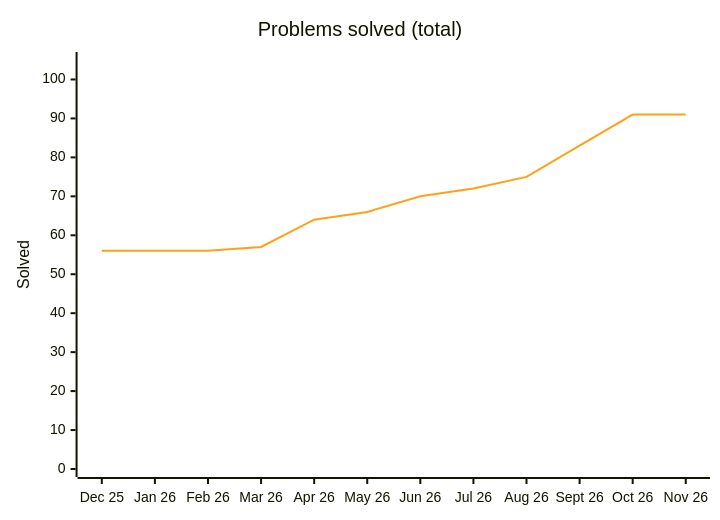
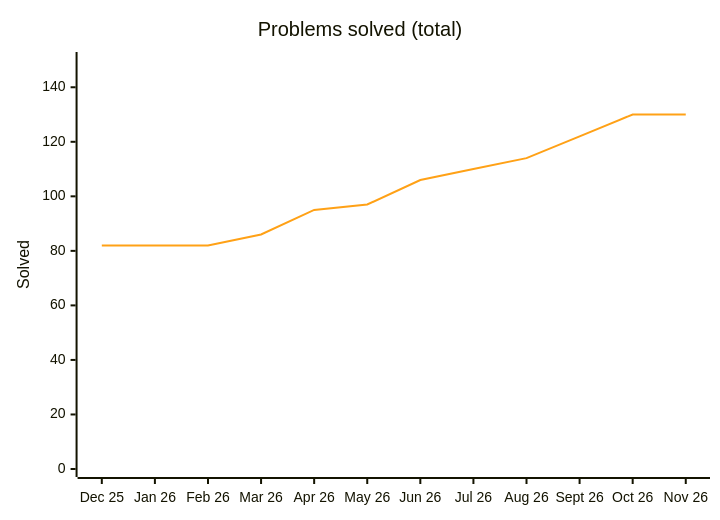
The diagram in README.md (Ved-u/Java-DSA), drawn with Mermaid before and after one commit. The commit also changed other lines of this file and 41 other files, not shown here.

````diff
--- a/README.md
+++ b/README.md
@@ -53,8 +53,8 @@
 ```mermaid
 %%{init: {"themeVariables": {"xyChart": {"plotColorPalette": "#ffa116"}}}}%%
 xychart-beta
     title "Problems solved (total)"
     x-axis ["Dec 25", "Jan 26", "Feb 26", "Mar 26", "Apr 26", "May 26", "Jun 26", "Jul 26", "Aug 26", "Sept 26", "Oct 26", "Nov 26"]
-    y-axis "Solved" 0 --> 105
-    line [56, 56, 56, 57, 64, 66, 70, 72, 75, 83, 91, 91]
+    y-axis "Solved" 0 --> 150
+    line [82, 82, 82, 86, 95, 97, 106, 110, 114, 122, 130, 130]
 ```
````
